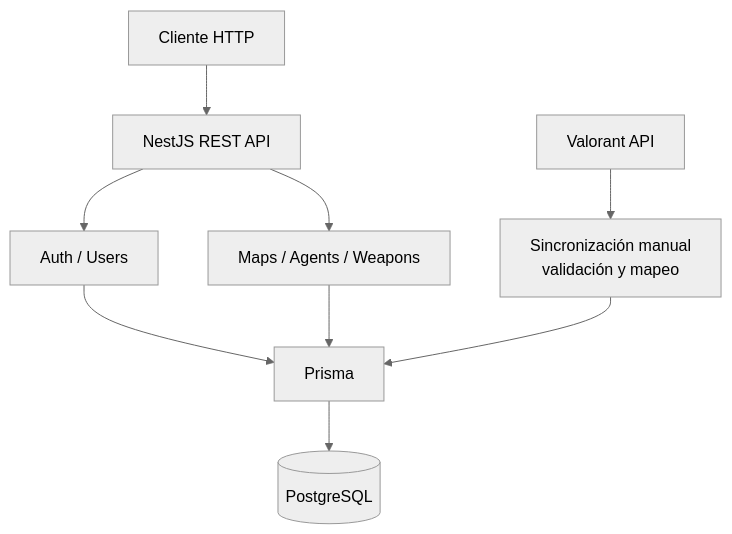
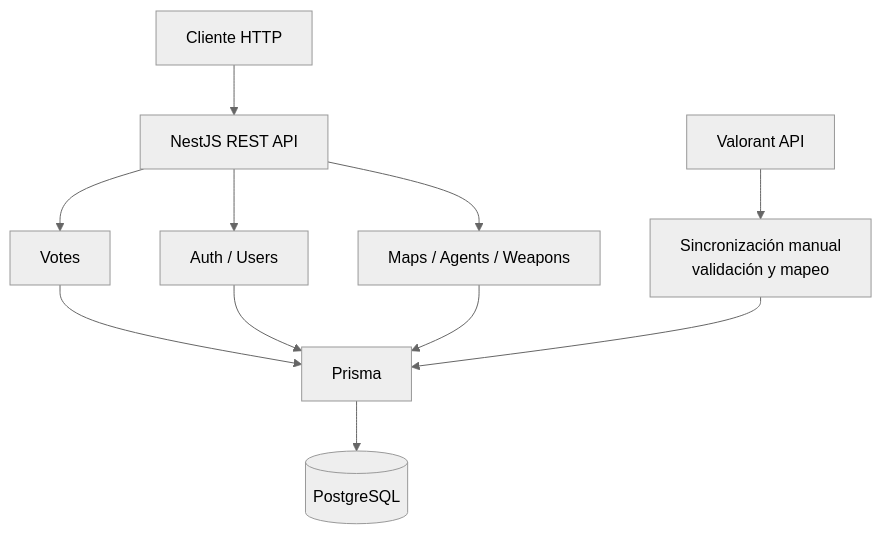
The first of 3 diagrams in DOC.md (Niico4/prueba-tecnica-full-stack), drawn with Mermaid (neutral theme) before and after one commit. The commit also changed other lines of this file and 13 other files, not shown here.

````diff
--- a/DOC.md
+++ b/DOC.md
@@ -7,11 +7,13 @@
 ```mermaid
 flowchart TB
     Cliente["Cliente HTTP"] --> API["NestJS REST API"]
     API --> Auth["Auth / Users"]
+    API --> Votes["Votes"]
+    Votes --> Prisma
     API --> Catalogo["Maps / Agents / Weapons"]
     Auth --> Prisma["Prisma"]
     Catalogo --> Prisma
     Prisma --> DB[("PostgreSQL")]
     Proveedor["Valorant API"] --> Sync["Sincronización manual<br/>validación y mapeo"]
     Sync --> Prisma
 ```
````
